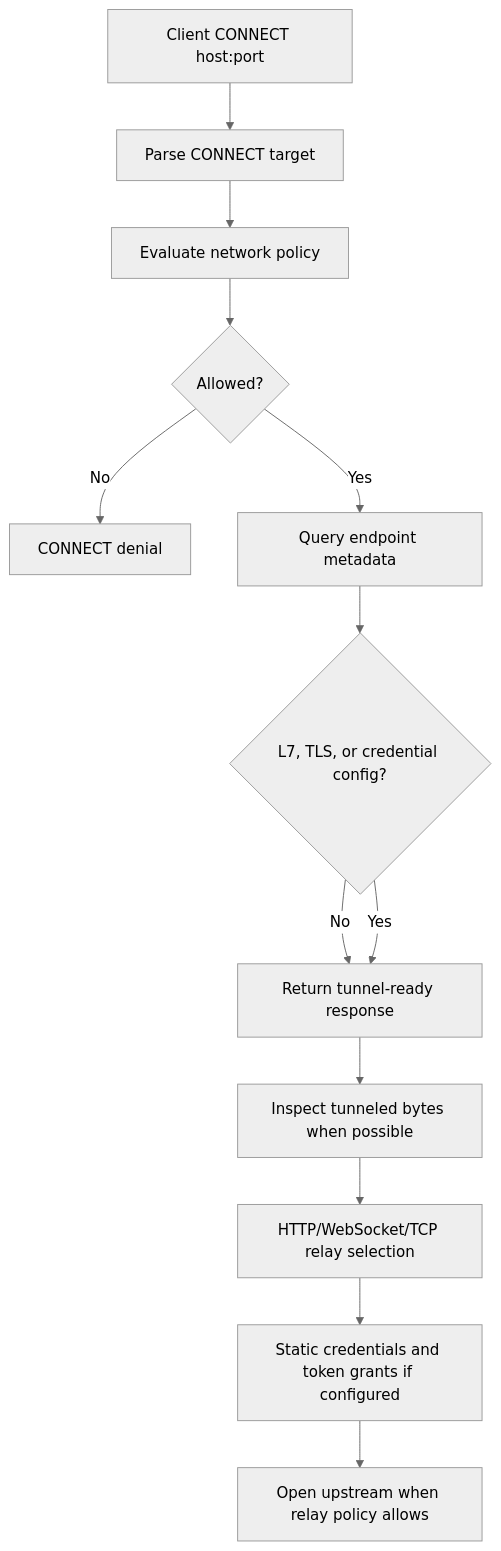
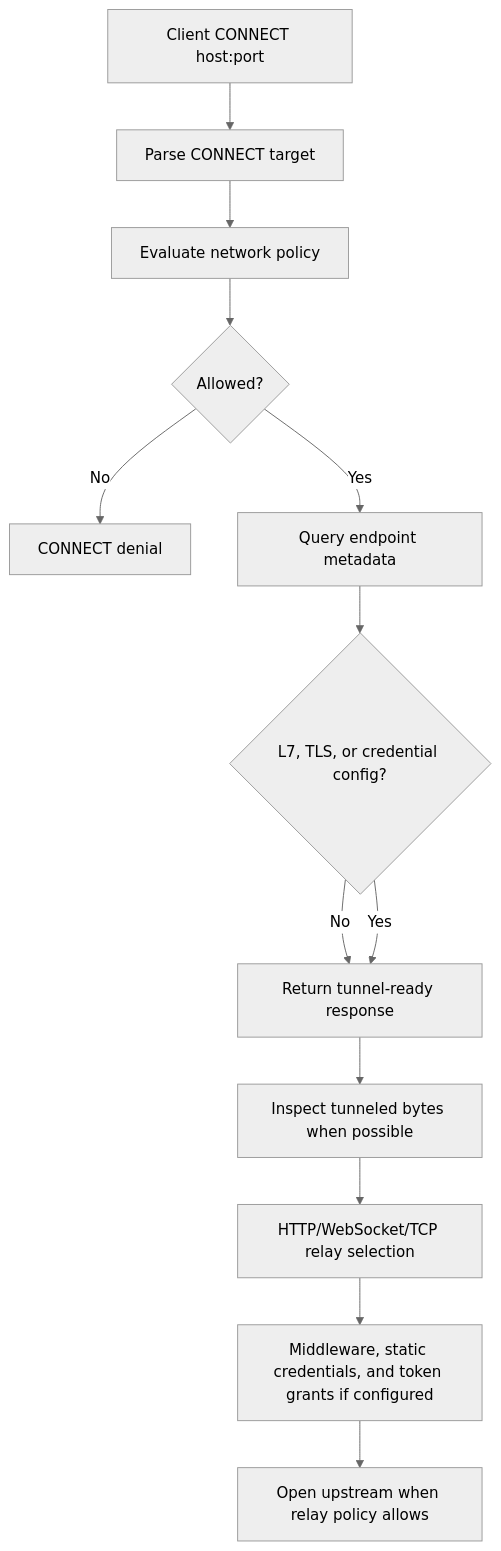
Before and after one commit to gracesmith6504/OpenShell: the second of 6 diagrams in rfc/0005-sandbox-proxy-egress-adapter/current-shape.md, drawn with Mermaid (neutral theme). The commit also changed other lines of this file and 3 other files, not shown here.

````diff
--- a/rfc/0005-sandbox-proxy-egress-adapter/current-shape.md
+++ b/rfc/0005-sandbox-proxy-egress-adapter/current-shape.md
@@ -67,15 +68,15 @@
 ```mermaid
 flowchart TD
     Client["Client CONNECT host:port"] --> Parse["Parse CONNECT target"]
     Parse --> L4["Evaluate network policy"]
     L4 --> Allowed{"Allowed?"}
     Allowed -- No --> Deny["CONNECT denial"]
     Allowed -- Yes --> Meta["Query endpoint metadata"]
     Meta --> Config{"L7, TLS, or credential config?"}
     Config -- No --> Tunnel["Return tunnel-ready response"]
     Config -- Yes --> Tunnel
     Tunnel --> Inspect["Inspect tunneled bytes when possible"]
     Inspect --> Relay["HTTP/WebSocket/TCP relay selection"]
-    Relay --> Inject["Static credentials and token grants if configured"]
+    Relay --> Inject["Middleware, static credentials, and token grants if configured"]
     Inject --> Upstream["Open upstream when relay policy allows"]
 ```
````
